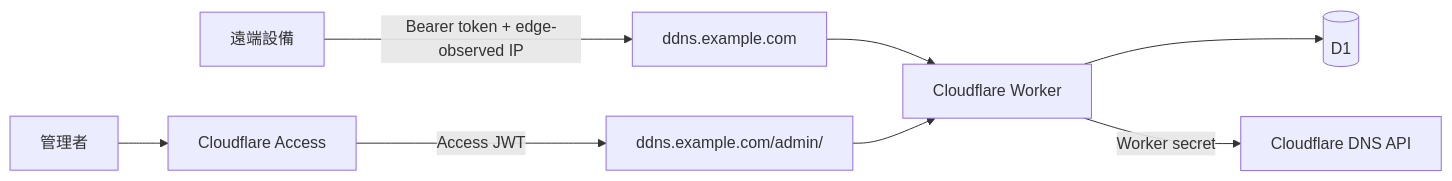
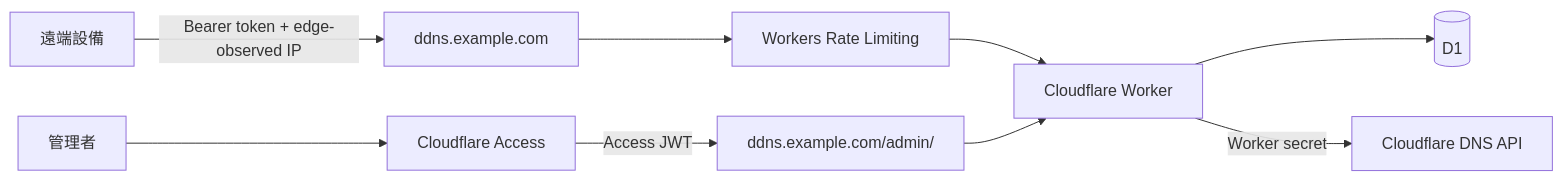
Before and after one commit to kuan909608/cloudflare-ddns-worker: the diagram in docs/architecture.md, drawn with Mermaid. The commit also changed other lines of this file and 43 other files, not shown here.

````diff
--- a/docs/architecture.md
+++ b/docs/architecture.md
@@ -5,10 +5,11 @@
 ```mermaid
 flowchart LR
   D[遠端設備] -->|Bearer token + edge-observed IP| U[ddns.example.com]
-  U --> W[Cloudflare Worker]
+  U --> RL[Workers Rate Limiting]
+  RL --> W[Cloudflare Worker]
   W --> D1[(D1)]
   W -->|Worker secret| DNS[Cloudflare DNS API]
   A[管理者] --> AC[Cloudflare Access]
   AC -->|Access JWT| M[ddns.example.com/admin/]
   M --> W
 ```
````
